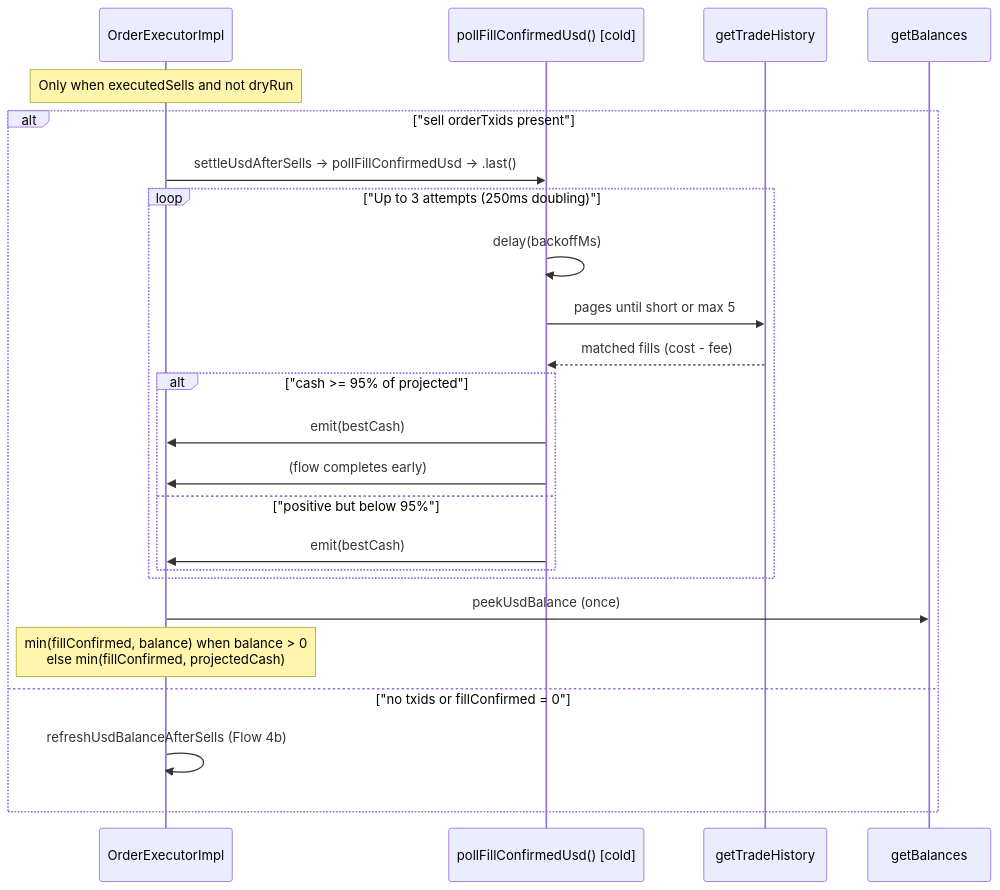
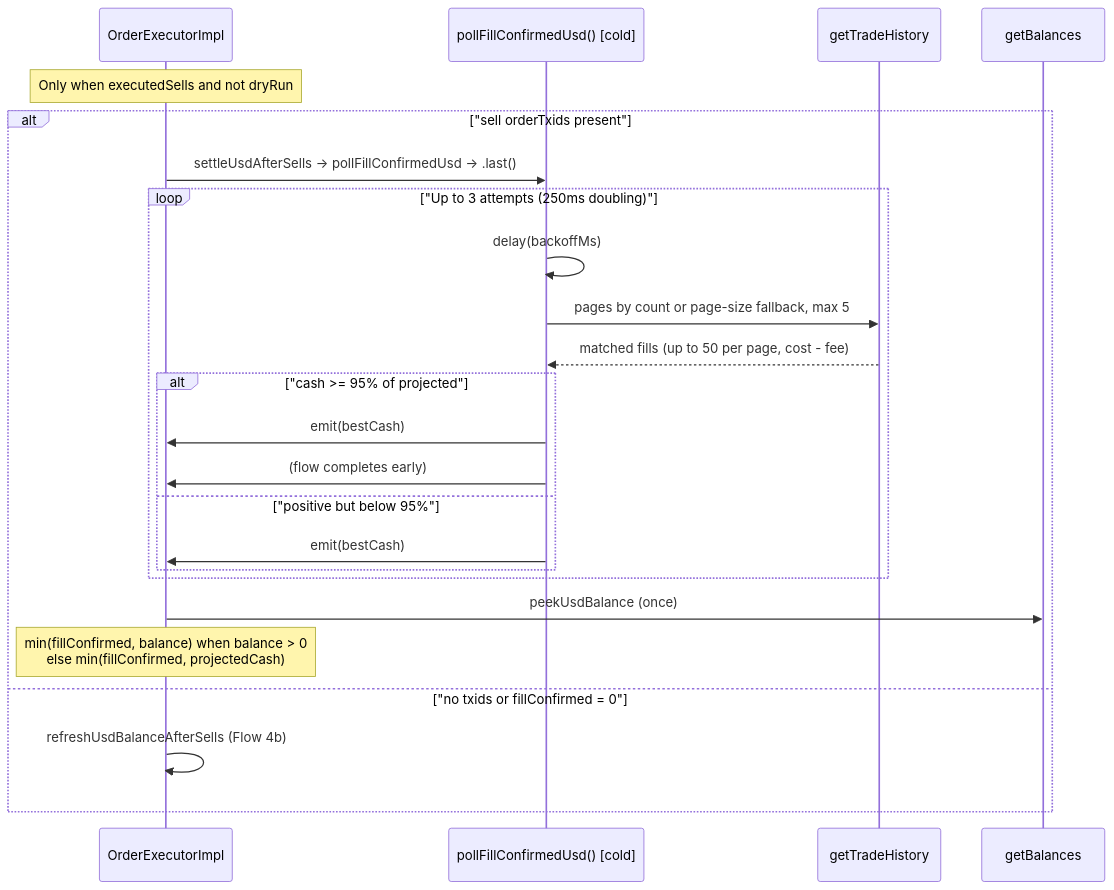
The fifth of 6 diagrams in docs/FLOWS.md (HyperVon/new-kraken-rebalancer), drawn with Mermaid before and after one commit. The commit also changed other lines of this file and 30 other files, not shown here.

````diff
--- a/docs/FLOWS.md
+++ b/docs/FLOWS.md
@@ -265,27 +271,27 @@
 ```mermaid
 sequenceDiagram
     participant OE as OrderExecutorImpl
     participant Fill as pollFillConfirmedUsd() [cold]
     participant Hist as getTradeHistory
     participant Bal as getBalances
 
     note over OE: Only when executedSells and not dryRun
     alt "sell orderTxids present"
         OE->>Fill: settleUsdAfterSells → pollFillConfirmedUsd → .last()
         loop "Up to 3 attempts (250ms doubling)"
             Fill->>Fill: delay(backoffMs)
-            Fill->>Hist: pages until short or max 5
-            Hist-->>Fill: matched fills (cost - fee)
+            Fill->>Hist: pages by count or page-size fallback, max 5
+            Hist-->>Fill: matched fills (up to 50 per page, cost - fee)
             alt "cash >= 95% of projected"
                 Fill->>OE: emit(bestCash)
                 Fill->>OE: (flow completes early)
             else "positive but below 95%"
                 Fill->>OE: emit(bestCash)
             end
         end
         OE->>Bal: peekUsdBalance (once)
         note over OE: min(fillConfirmed, balance) when balance > 0<br/>else min(fillConfirmed, projectedCash)
     else "no txids or fillConfirmed = 0"
         OE->>OE: refreshUsdBalanceAfterSells (Flow 4b)
     end
 ```
````
